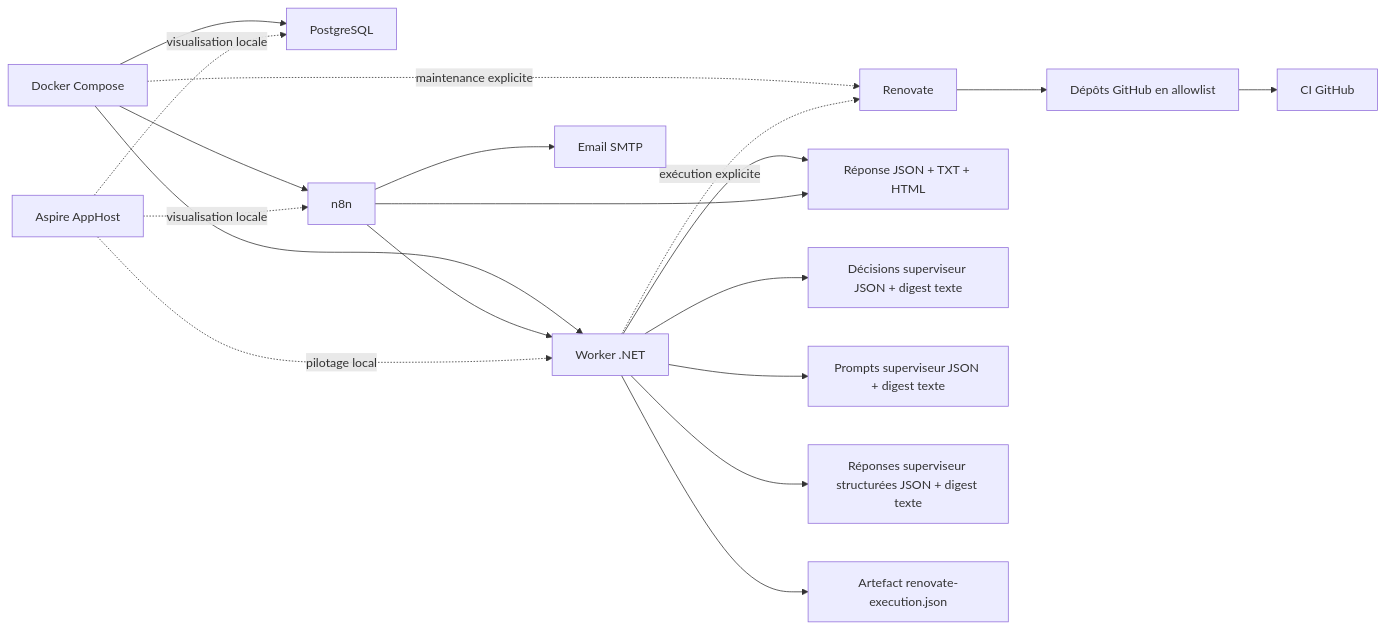
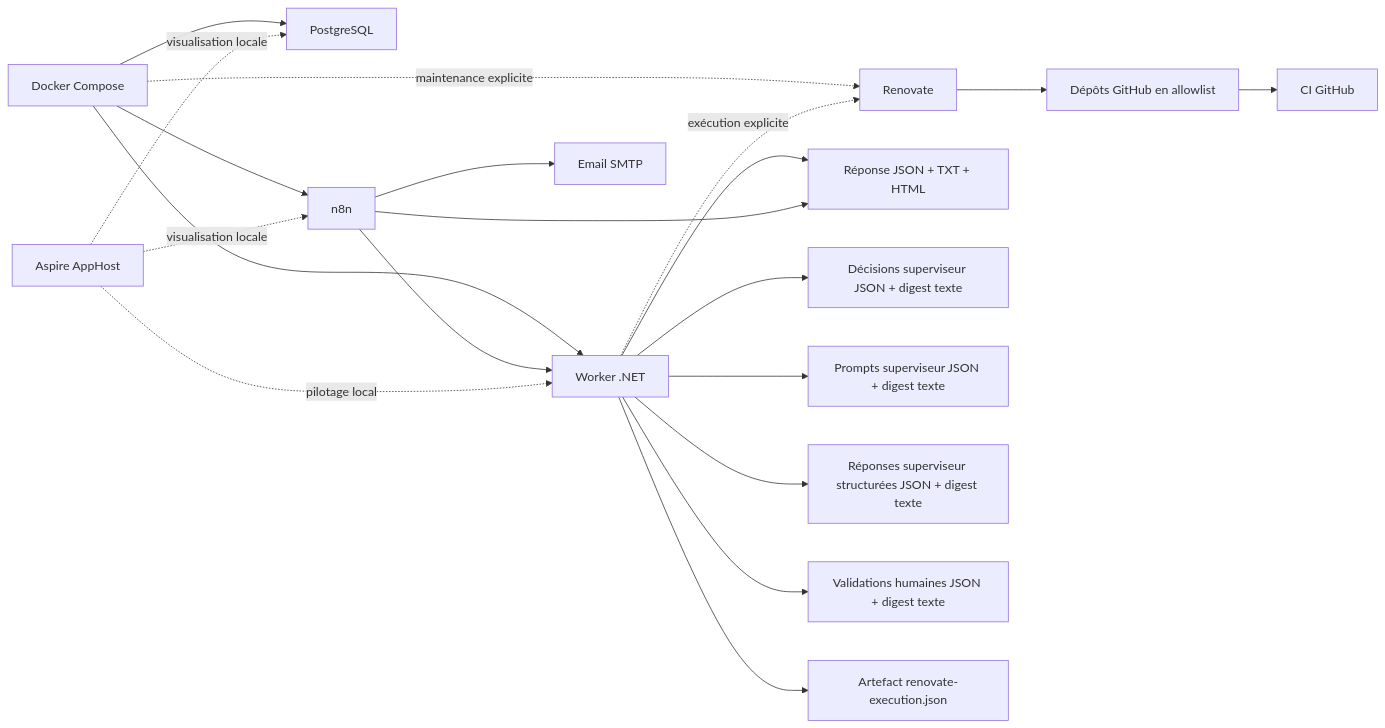
One commit to arnaud-wissart-lab/repo-ops changed the diagram in docs/architecture.md. Above: the diagram before and after it, drawn with Mermaid. The commit also changed other lines of this file and 16 other files, not shown here.

````diff
--- a/docs/architecture.md
+++ b/docs/architecture.md
@@ -282,21 +309,22 @@
 ```mermaid
 flowchart LR
     Compose["Docker Compose"] --> Worker["Worker .NET"]
     Compose --> Postgres["PostgreSQL"]
     Compose --> N8N["n8n"]
     Compose -. maintenance explicite .-> Renovate["Renovate"]
     N8N --> Worker
     Worker --> Reports["Réponse JSON + TXT + HTML"]
     Worker --> Supervisor["Décisions superviseur JSON + digest texte"]
     Worker --> Prompts["Prompts superviseur JSON + digest texte"]
     Worker --> CodexResponses["Réponses superviseur structurées JSON + digest texte"]
+    Worker --> HumanValidation["Validations humaines JSON + digest texte"]
     Worker -. exécution explicite .-> Renovate
     Worker --> RenovateArtifact["Artefact renovate-execution.json"]
     N8N --> Reports
     N8N --> Mail["Email SMTP"]
     Renovate --> GitHub["Dépôts GitHub en allowlist"]
     GitHub --> CI["CI GitHub"]
     Aspire["Aspire AppHost"] -. pilotage local .-> Worker
     Aspire -. visualisation locale .-> Postgres
     Aspire -. visualisation locale .-> N8N
 ```
````
